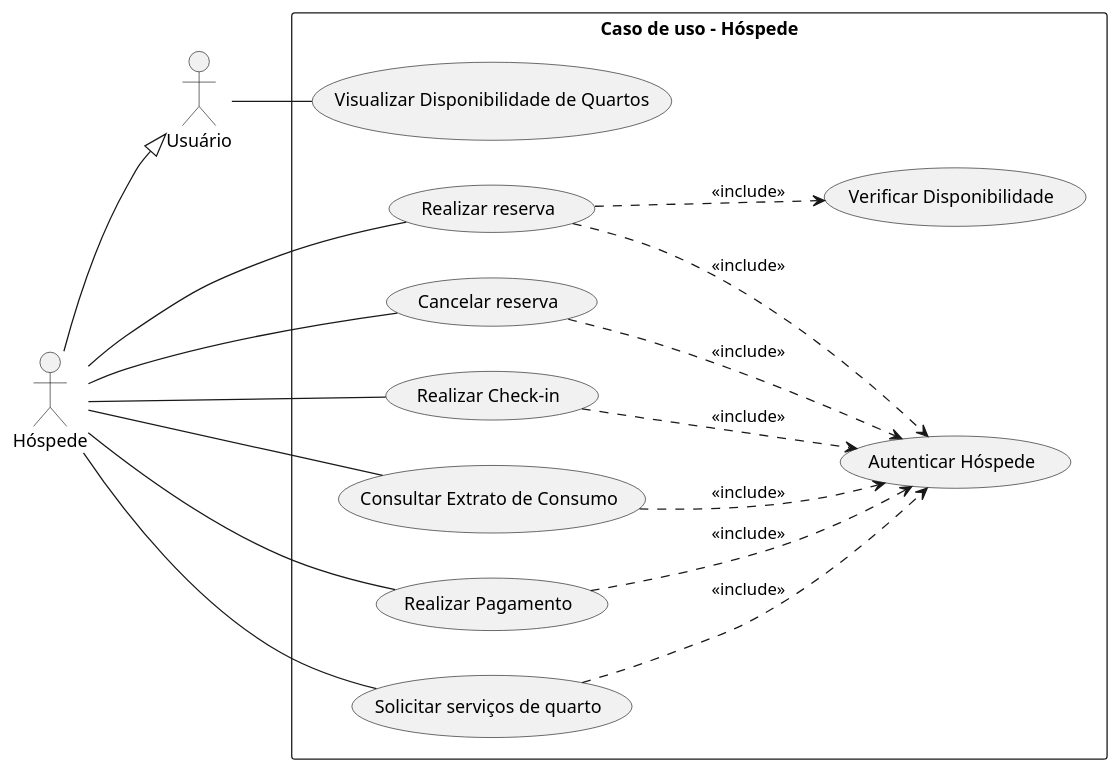
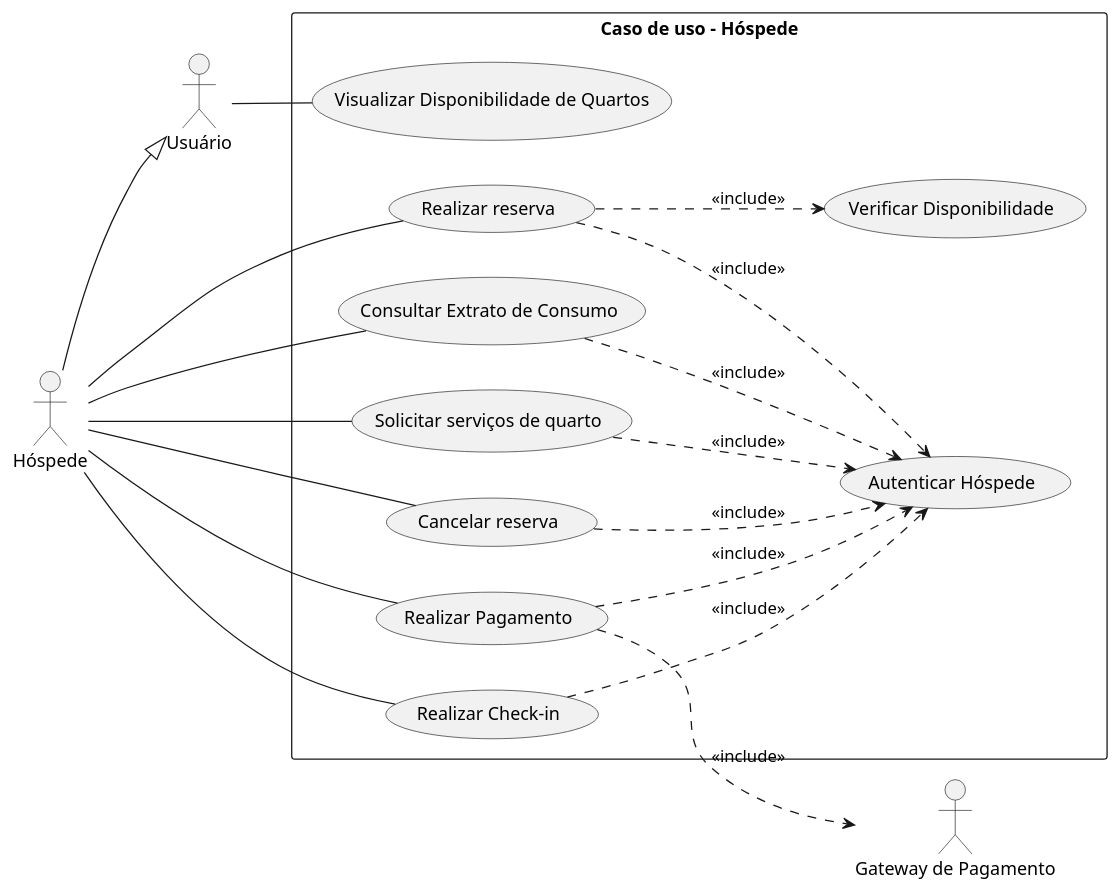
Before and after one commit to gusjjpv/serro-hotelaria: the diagram in diagramas/UC1_hospede.iuml, drawn with PlantUML. The commit also changed 1 other file, not shown here.

```diff
--- a/diagramas/UC1_hospede.iuml
+++ b/diagramas/UC1_hospede.iuml
@@ -1,38 +1,47 @@
 @startuml
 
 left to right direction
 
 actor "Usuário" as usuario
 actor "Hóspede" as hospede
 
 rectangle "Caso de uso - Hóspede"{
     usecase "Autenticar Hóspede" as autenticar_hospede
     usecase "Visualizar Disponibilidade de Quartos" as visualizar_disponibilidade
     usecase "Verificar Disponibilidade" as verificar_disponibilidade
     usecase "Realizar reserva" as realizar_reserva
     usecase "Cancelar reserva" as cancelar_reserva
     usecase "Realizar Check-in" as realizar_checkin
     usecase "Consultar Extrato de Consumo" as consultar_extrato
     usecase "Realizar Pagamento" as realizar_pagamento
     usecase "Solicitar serviços de quarto" as solicitar_servicos
 }
 
+actor "Gateway de Pagamento" as secondary
+
 usuario -- visualizar_disponibilidade
 hospede -- realizar_reserva
 realizar_reserva ..> verificar_disponibilidade : <<include>>
 hospede -- cancelar_reserva
 hospede -- realizar_checkin
 hospede -- consultar_extrato
-hospede -- realizar_pagamento
+hospede -- realizar_pagamento 
 hospede -- solicitar_servicos
+
+
 
 realizar_reserva ..> autenticar_hospede : <<include>>
 cancelar_reserva ..> autenticar_hospede : <<include>>
 realizar_checkin ..> autenticar_hospede : <<include>>
 consultar_extrato ..> autenticar_hospede : <<include>>
 realizar_pagamento ..> autenticar_hospede : <<include>>
 solicitar_servicos ..> autenticar_hospede : <<include>>
 
+
 usuario <|-up- hospede
 
+
+
+realizar_pagamento ..> secondary : <<include>>
+
 @enduml
```
